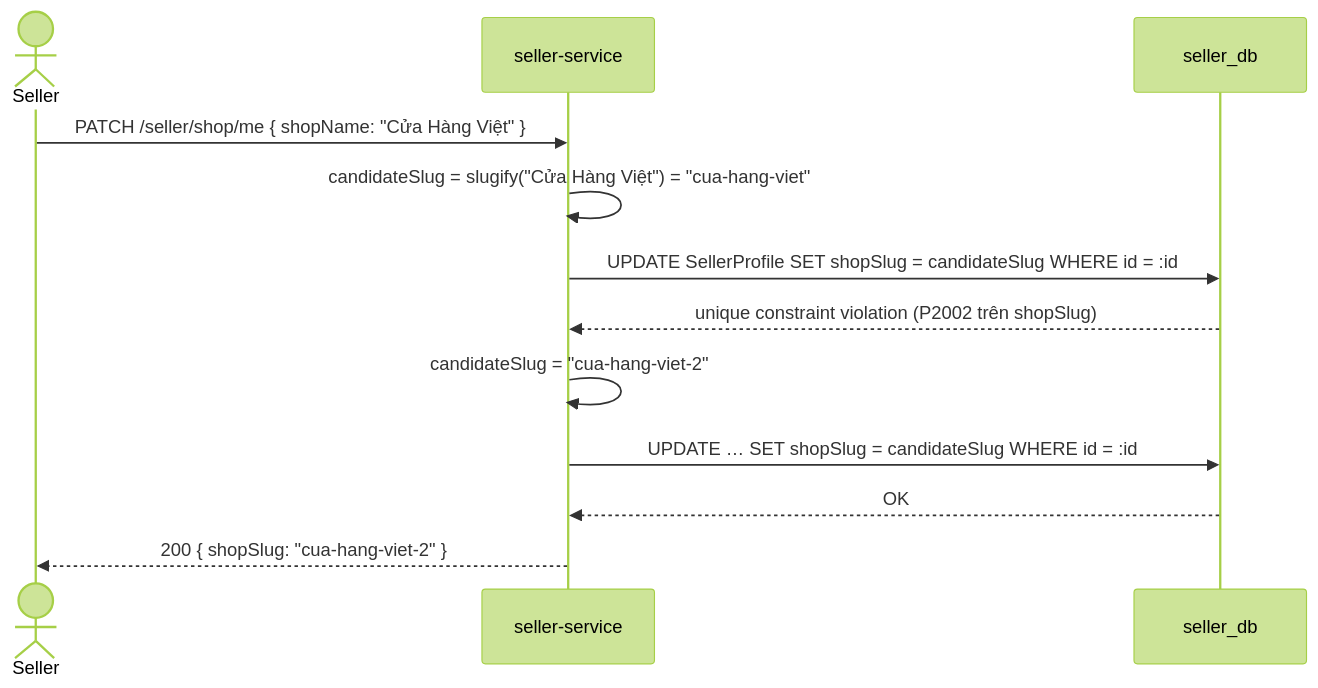
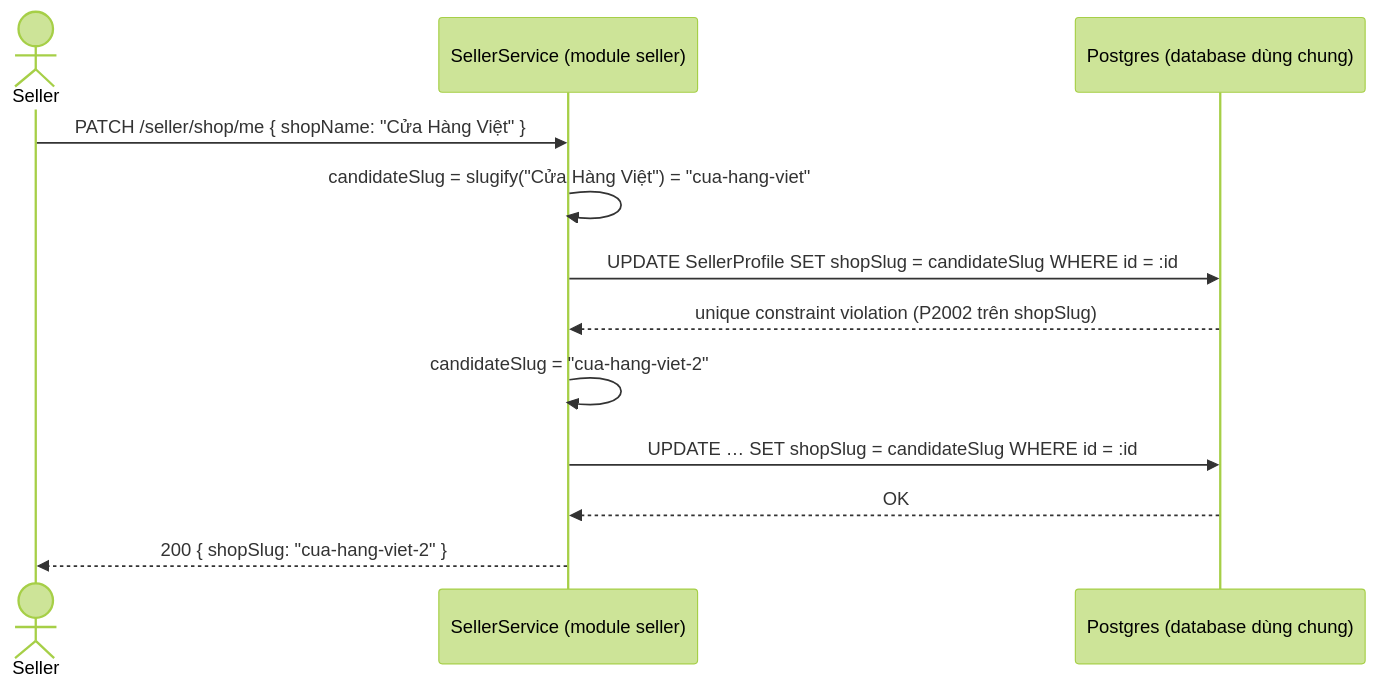
One commit to timmy277/timmyhub changed the second of 2 diagrams in docs/03-specs/seller-onboarding/design.md. Above: the diagram before and after it, drawn with Mermaid (forest theme). The commit also changed other lines of this file and 34 other files, not shown here.

````diff
--- a/docs/03-specs/seller-onboarding/design.md
+++ b/docs/03-specs/seller-onboarding/design.md
@@ -228,15 +243,15 @@
 ```mermaid
 sequenceDiagram
     actor S as Seller
-    participant SEL as seller-service
-    participant DB as seller_db
+    participant SEL as SellerService (module seller)
+    participant DB as Postgres (database dùng chung)
 
     S->>SEL: PATCH /seller/shop/me { shopName: "Cửa Hàng Việt" }
     SEL->>SEL: candidateSlug = slugify("Cửa Hàng Việt") = "cua-hang-viet"
     SEL->>DB: UPDATE SellerProfile SET shopSlug = candidateSlug WHERE id = :id
     DB-->>SEL: unique constraint violation (P2002 trên shopSlug)
     SEL->>SEL: candidateSlug = "cua-hang-viet-2"
     SEL->>DB: UPDATE … SET shopSlug = candidateSlug WHERE id = :id
     DB-->>SEL: OK
     SEL-->>S: 200 { shopSlug: "cua-hang-viet-2" }
 ```
````
